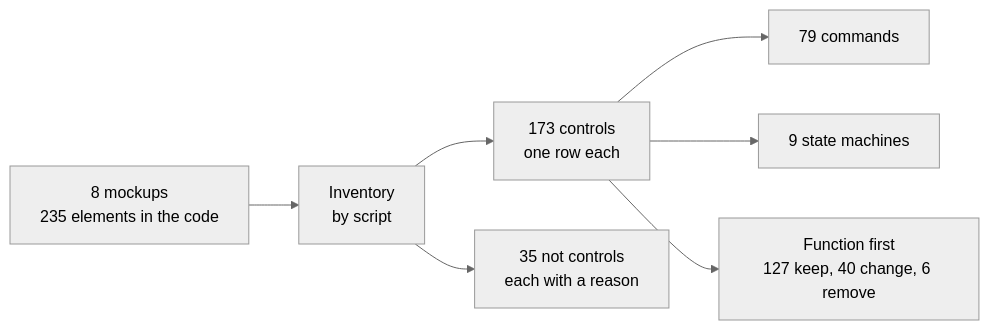
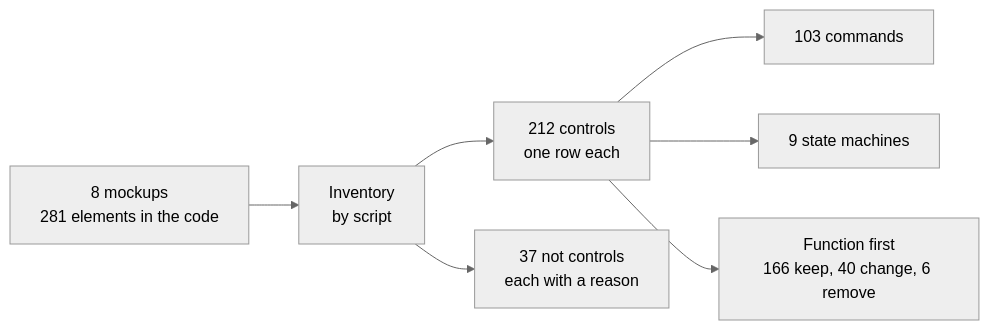
The first of 10 diagrams in docs/design/controls.md (abossard/bossylights), drawn with Mermaid (neutral theme) before and after one commit. The commit also changed other lines of this file and 28 other files, not shown here.

````diff
--- a/docs/design/controls.md
+++ b/docs/design/controls.md
@@ -6,9 +6,9 @@
 ```mermaid
 flowchart LR
-  M["8 mockups<br/>235 elements in the code"] --> I["Inventory<br/>by script"]
-  I --> R["173 controls<br/>one row each"]
-  I --> N["35 not controls<br/>each with a reason"]
-  R --> C["79 commands"]
+  M["8 mockups<br/>281 elements in the code"] --> I["Inventory<br/>by script"]
+  I --> R["212 controls<br/>one row each"]
+  I --> N["37 not controls<br/>each with a reason"]
+  R --> C["103 commands"]
   R --> S["9 state machines"]
-  R --> F["Function first<br/>127 keep, 40 change, 6 remove"]
+  R --> F["Function first<br/>166 keep, 40 change, 6 remove"]
 ```
````
